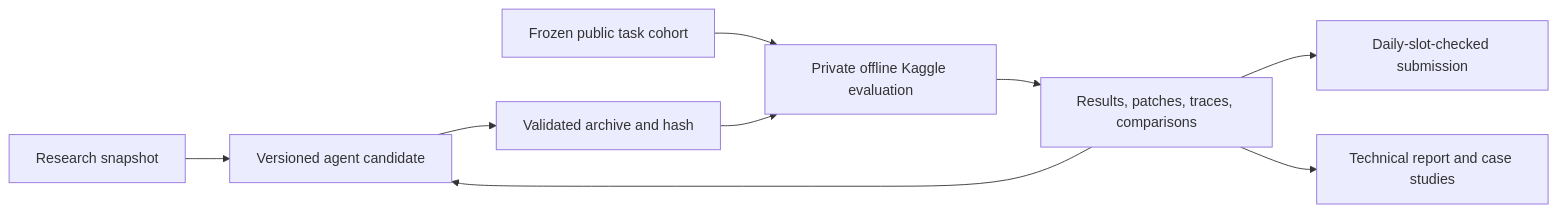
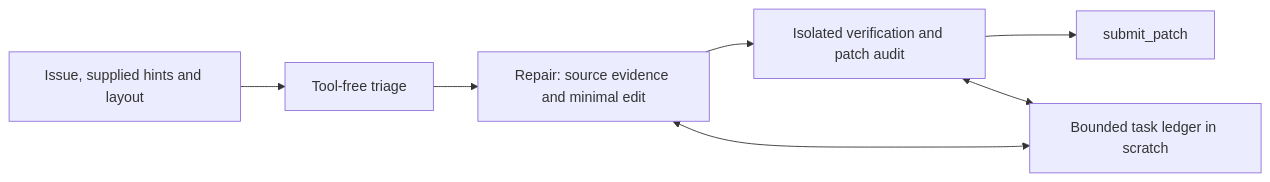
Before and after one commit to CharlieHerbst331/gemma4-agent-lab: the diagram in README.md, drawn with Mermaid. The commit also changed other lines of this file and 15 other files, not shown here.

````diff
--- a/README.md
+++ b/README.md
@@ -7,11 +53,9 @@
 ```mermaid
 flowchart LR
-    Research[Research snapshot] --> Candidate[Versioned agent candidate]
-    Candidate --> Package[Validated archive and hash]
-    Split[Frozen public task cohort] --> Eval[Private offline Kaggle evaluation]
-    Package --> Eval
-    Eval --> Evidence[Results, patches, traces, comparisons]
-    Evidence --> Candidate
-    Evidence --> Submit[Daily-slot-checked submission]
-    Evidence --> Portfolio[Technical report and case studies]
+    Issue[Issue, supplied hints and layout] --> Triage[Tool-free triage]
+    Triage --> Repair[Repair: source evidence and minimal edit]
+    Repair --> Verify[Isolated verification and patch audit]
+    Verify --> Submit[submit_patch]
+    Repair <--> Memory[Bounded task ledger in scratch]
+    Verify <--> Memory
 ```
````
